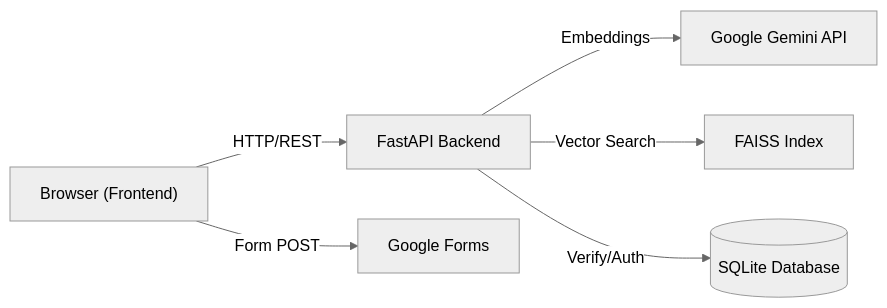
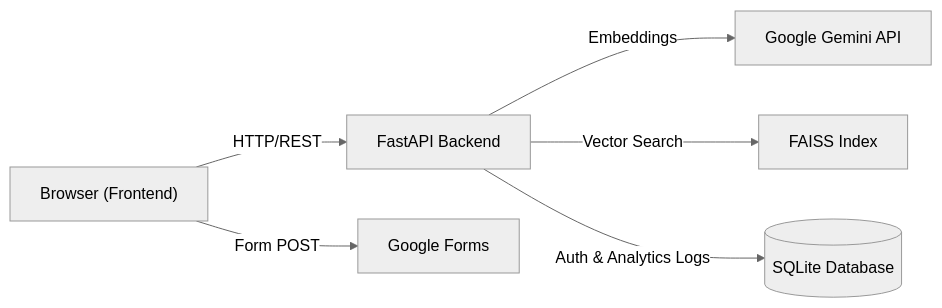
The first of 3 diagrams in robinson-portfolio-main/SRS_BRD_Documentation.md (Robinsonkr/ANTIGRAVITY-PROJECTS), drawn with Mermaid (neutral theme) before and after one commit. The commit also changed other lines of this file, not shown here.

Commit message:
docs: update BRD application flow diagrams for visitor tracking api

````diff
--- a/robinson-portfolio-main/SRS_BRD_Documentation.md
+++ b/robinson-portfolio-main/SRS_BRD_Documentation.md
@@ -57,8 +57,8 @@
 ```mermaid
 graph LR
     A["Browser (Frontend)"] -->|HTTP/REST| B["FastAPI Backend"]
     B -->|Embeddings| C["Google Gemini API"]
     B -->|Vector Search| D["FAISS Index"]
-    B -->|Verify/Auth| F[("SQLite Database")]
+    B -->|Auth & Analytics Logs| F[("SQLite Database")]
     A -->|Form POST| E["Google Forms"]
 ```
````
